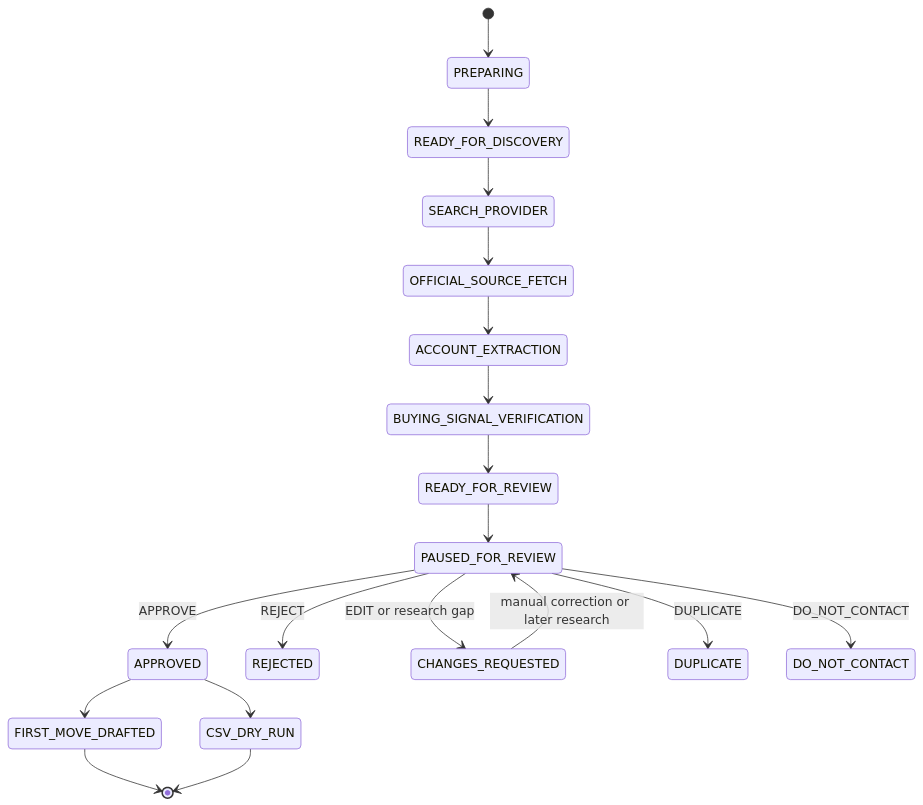
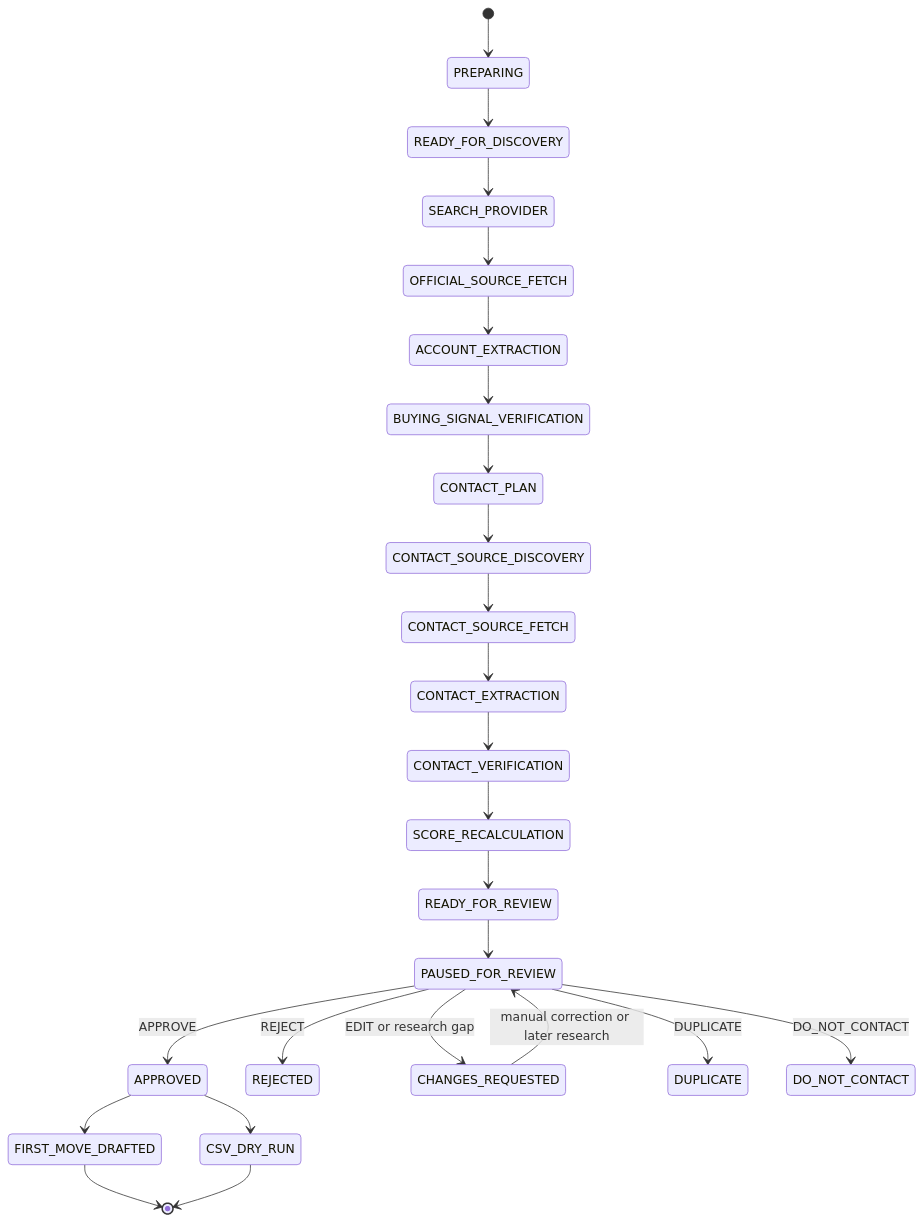
One commit to monsteruk-crm/monster-prospecting-agent changed the third of 17 diagrams in docs/guides/how-monster-scout-works.md. Above: the diagram before and after it, drawn with Mermaid. The commit also changed other lines of this file and 34 other files, not shown here.

````diff
--- a/docs/guides/how-monster-scout-works.md
+++ b/docs/guides/how-monster-scout-works.md
@@ -112,21 +112,27 @@
 ```mermaid
 stateDiagram-v2
   [*] --> PREPARING
   PREPARING --> READY_FOR_DISCOVERY
   READY_FOR_DISCOVERY --> SEARCH_PROVIDER
   SEARCH_PROVIDER --> OFFICIAL_SOURCE_FETCH
   OFFICIAL_SOURCE_FETCH --> ACCOUNT_EXTRACTION
   ACCOUNT_EXTRACTION --> BUYING_SIGNAL_VERIFICATION
-  BUYING_SIGNAL_VERIFICATION --> READY_FOR_REVIEW
+  BUYING_SIGNAL_VERIFICATION --> CONTACT_PLAN
+  CONTACT_PLAN --> CONTACT_SOURCE_DISCOVERY
+  CONTACT_SOURCE_DISCOVERY --> CONTACT_SOURCE_FETCH
+  CONTACT_SOURCE_FETCH --> CONTACT_EXTRACTION
+  CONTACT_EXTRACTION --> CONTACT_VERIFICATION
+  CONTACT_VERIFICATION --> SCORE_RECALCULATION
+  SCORE_RECALCULATION --> READY_FOR_REVIEW
   READY_FOR_REVIEW --> PAUSED_FOR_REVIEW
   PAUSED_FOR_REVIEW --> APPROVED: APPROVE
   PAUSED_FOR_REVIEW --> REJECTED: REJECT
   PAUSED_FOR_REVIEW --> CHANGES_REQUESTED: EDIT or research gap
   PAUSED_FOR_REVIEW --> DUPLICATE: DUPLICATE
   PAUSED_FOR_REVIEW --> DO_NOT_CONTACT: DO_NOT_CONTACT
   APPROVED --> FIRST_MOVE_DRAFTED
   APPROVED --> CSV_DRY_RUN
   CHANGES_REQUESTED --> PAUSED_FOR_REVIEW: manual correction or later research
   FIRST_MOVE_DRAFTED --> [*]
   CSV_DRY_RUN --> [*]
 ```
````
